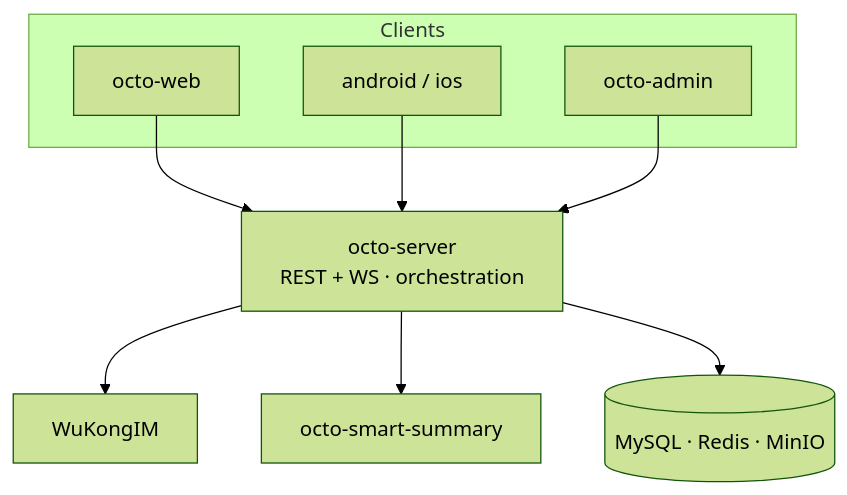
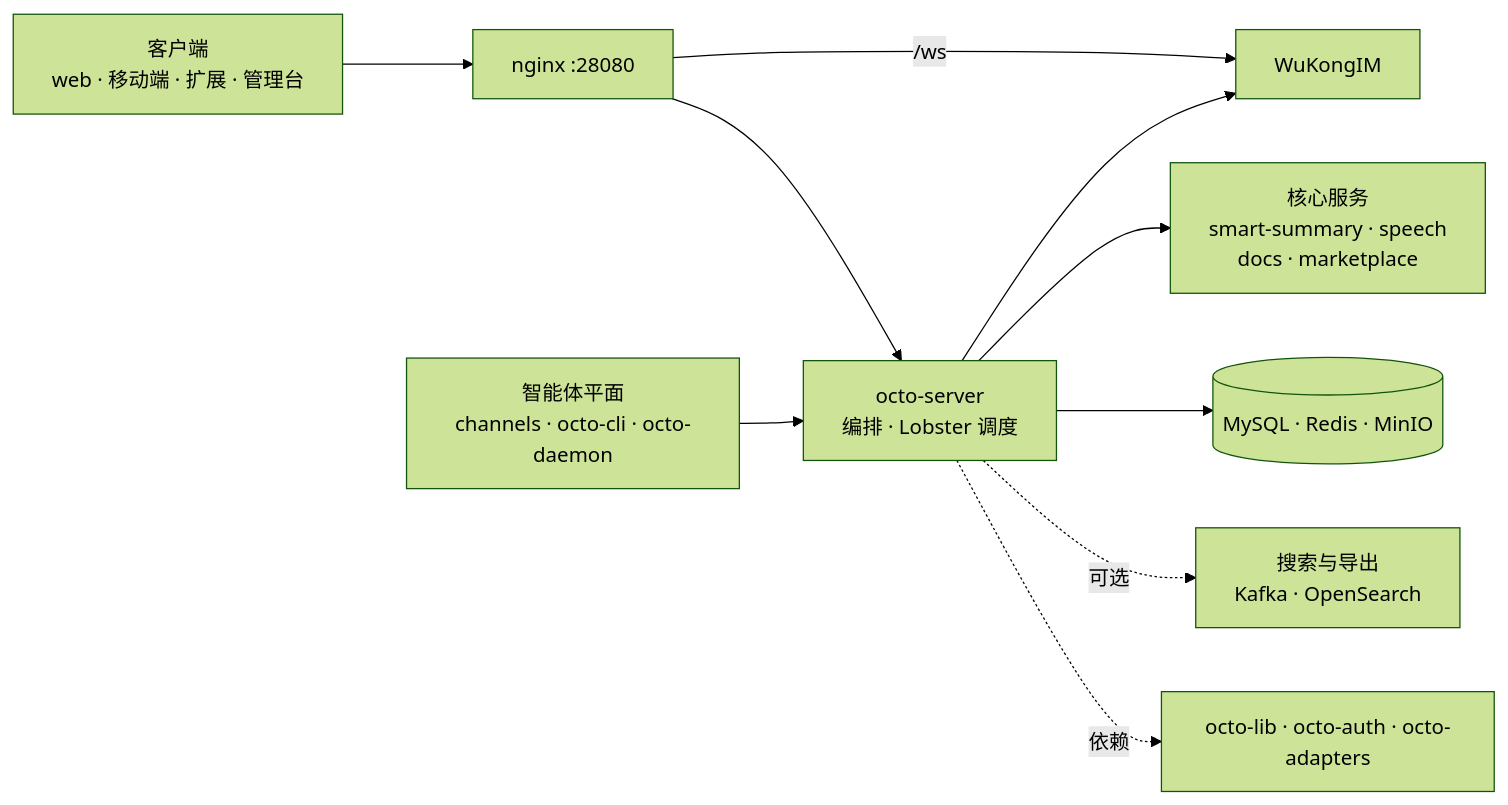
Before and after one commit to Mininglamp-OSS/octo-docs: the diagram in zh/get-started/architecture-at-a-glance.mdx, drawn with Mermaid (forest theme). The commit also changed other lines of this file and 13 other files, not shown here.

First line of the commit message:
Refresh architecture diagrams (complete + legible) (#2)

````diff
--- a/zh/get-started/architecture-at-a-glance.mdx
+++ b/zh/get-started/architecture-at-a-glance.mdx
@@ -9,19 +9,12 @@
 ```mermaid
-graph TD
-  subgraph Clients
-    web[octo-web]
-    mobile[android / ios]
-    admin[octo-admin]
-  end
-  server[octo-server<br/>REST + WS · orchestration]
-  wk[WuKongIM]
-  summary[octo-smart-summary]
-  stores[(MySQL · Redis · MinIO)]
-
-  web --> server
-  mobile --> server
-  admin --> server
-  server --> wk
-  server --> summary
-  server --> stores
+graph LR
+  clients["客户端<br/>web · 移动端 · 扩展 · 管理台"] --> nginx["nginx :28080"]
+  nginx --> server["octo-server<br/>编排 · Lobster 调度"]
+  nginx -->|/ws| im["WuKongIM"]
+  server --> im
+  server --> svc["核心服务<br/>smart-summary · speech<br/>docs · marketplace"]
+  server --> data[("MySQL · Redis · MinIO")]
+  agents["智能体平面<br/>channels · octo-cli · octo-daemon"] --> server
+  server -. 可选 .-> search["搜索与导出<br/>Kafka · OpenSearch"]
+  server -. 依赖 .-> shared["octo-lib · octo-auth · octo-adapters"]
 ```
````
